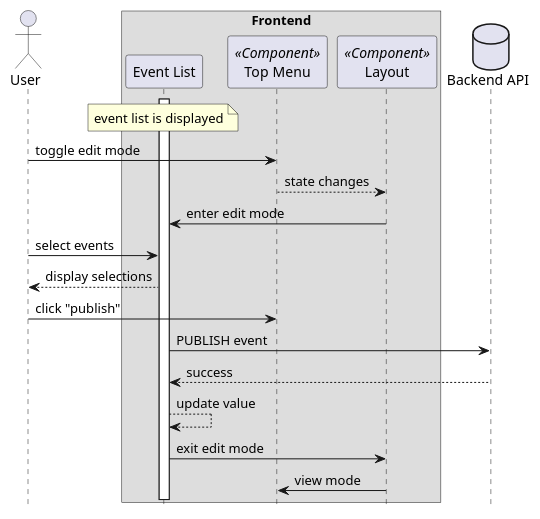
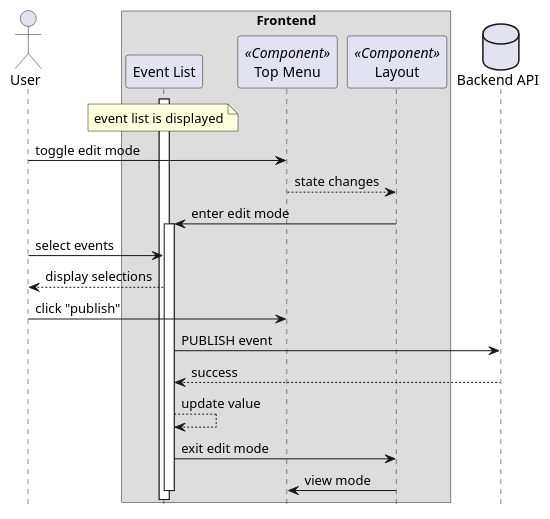
One commit to Modern-MISP/frontend changed the diagram in docs/sequencediagrams/plantuml/publish_event.plantuml. Above: the diagram before and after it, drawn with PlantUML.

Commit message:
double activate in edit mode

```diff
--- a/docs/sequencediagrams/plantuml/publish_event.plantuml
+++ b/docs/sequencediagrams/plantuml/publish_event.plantuml
@@ -1,27 +1,29 @@
 @startuml
 hide footbox
 
 actor User as user
 box "Frontend"
 participant "Event List" as eventlist
 participant "Top Menu" as topmenu <<Component>>
 participant "Layout" as layout <<Component>>
 end box
 database "Backend API" as api
 
 note over eventlist : event list is displayed
 
 activate eventlist
 user -> topmenu : toggle edit mode
 topmenu --> layout : state changes
 layout -> eventlist : enter edit mode
+activate eventlist
 user -> eventlist : select events
 eventlist --> user : display selections
 user -> topmenu : click "publish"
 eventlist -> api : PUBLISH event
 api --> eventlist : success
 eventlist --> eventlist : update value
 
 eventlist -> layout : exit edit mode
 layout -> topmenu : view mode
+deactivate eventlist
 @enduml
```
